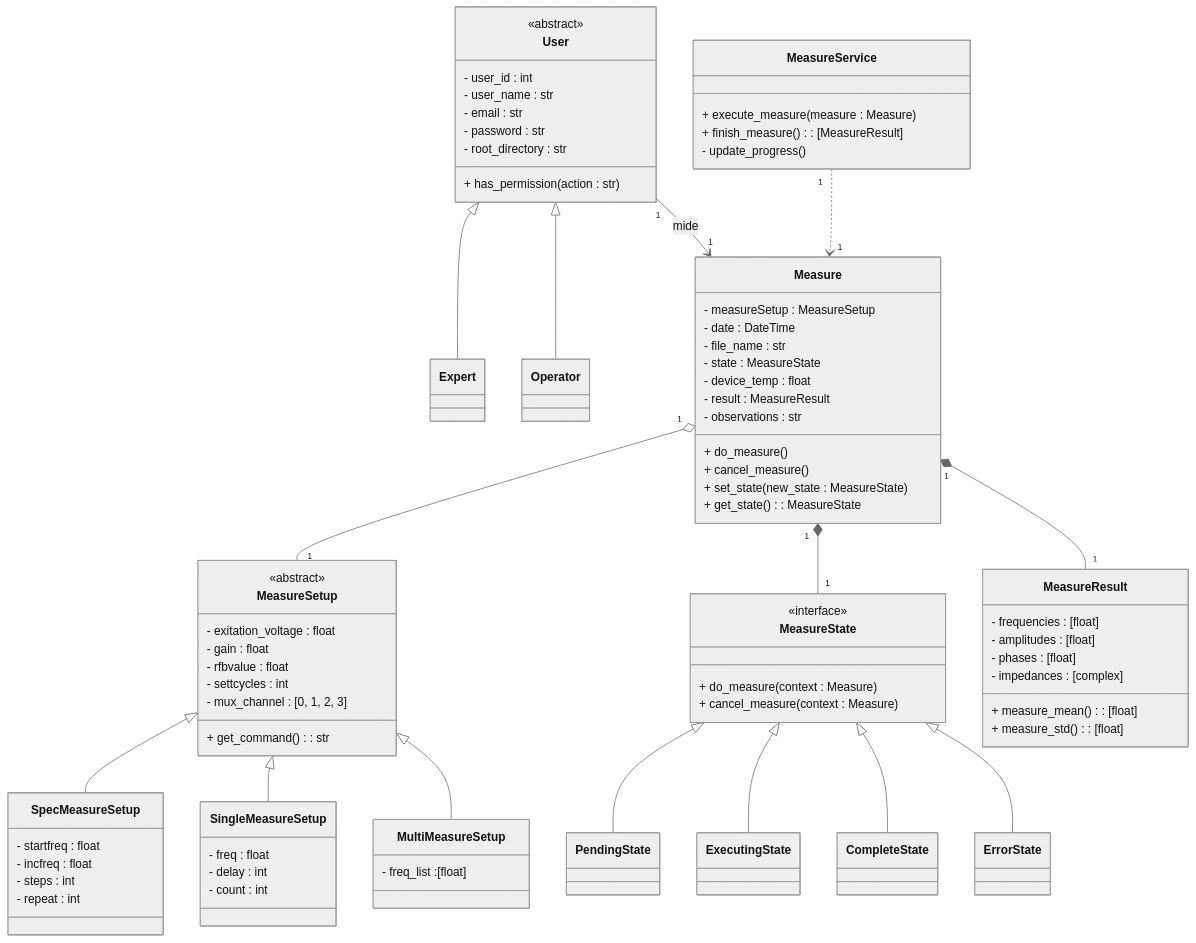
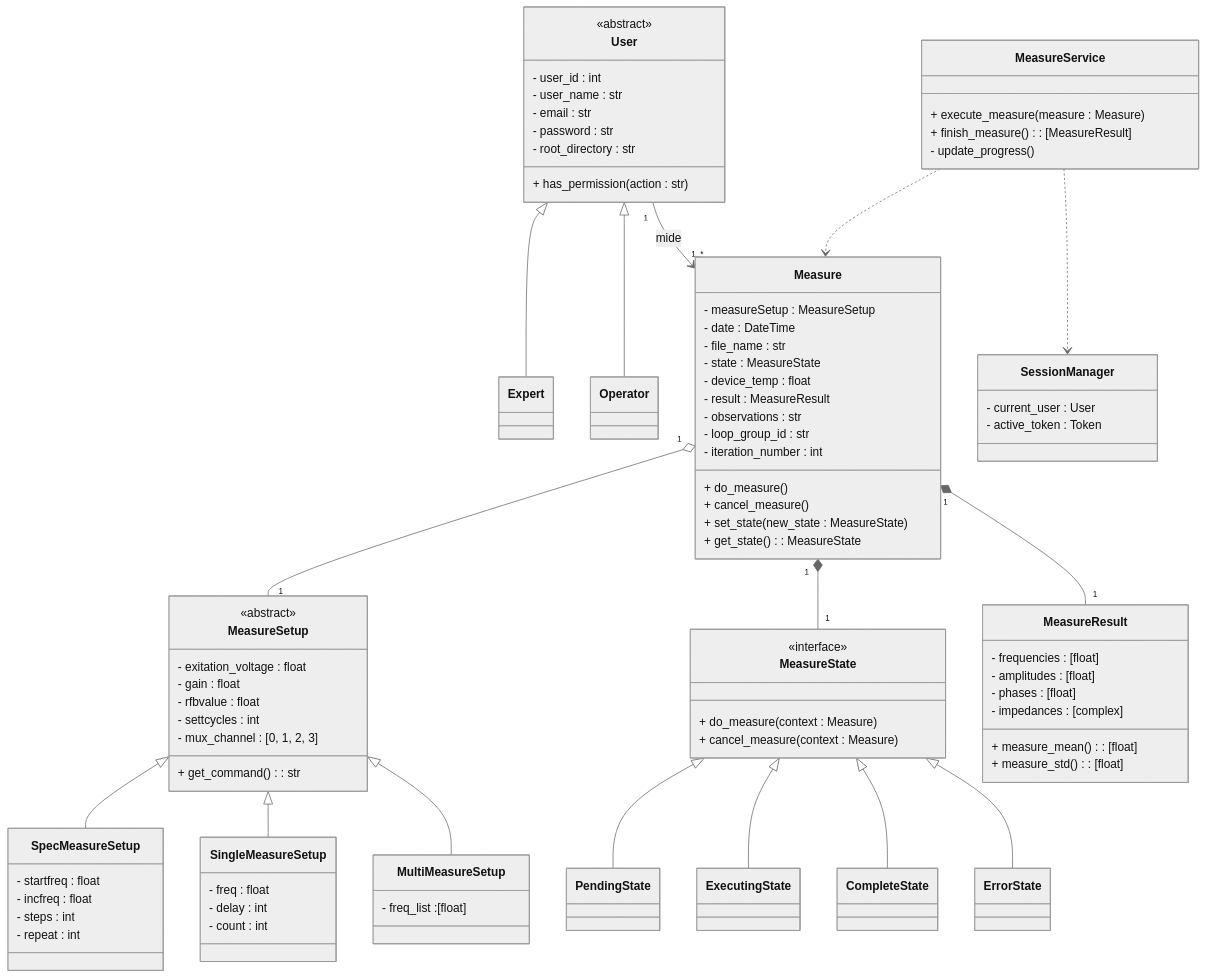
Before and after one commit to alegrelias/Repo-GMini: diagram 15 of 22 in Gmini-MarkDown/Guanaco Mini.md, drawn with Mermaid (neutral theme). The commit also changed other lines of this file and 3 other files, not shown here.

````diff
--- a/Gmini-MarkDown/Guanaco Mini.md
+++ b/Gmini-MarkDown/Guanaco Mini.md
@@ -1431,14 +1518,11 @@
 	- root_directory : str
 	+ has_permission(action : str)
 }
-    
 
-    
 class Operator{
 
 }
 class Expert{
-
 }
 
 class Measure {
@@ -1449,10 +1533,17 @@
 	- device_temp : float
 	- result : MeasureResult
 	- observations : str
+	- loop_group_id : str
+	- iteration_number : int
 	+ do_measure()
 	+ cancel_measure()
 	+ set_state(new_state : MeasureState)
 	+ get_state() : MeasureState
+}
+
+class SessionManager{
+	- current_user : User
+	- active_token : Token
 }
 
 class MeasureSetup {
@@ -1505,11 +1596,12 @@
 class ErrorState
 
 %% relaciones
-User "1"-->"1" Measure : mide
+User "1"-->"1..*" Measure : mide
 
 Measure "1"o--"1" MeasureSetup
 Measure "1"*--"1" MeasureResult
 Measure "1"*--"1" MeasureState
 
-MeasureService "1"..>"1" Measure
+MeasureService ..> Measure
+MeasureService ..> SessionManager
 ```
````
